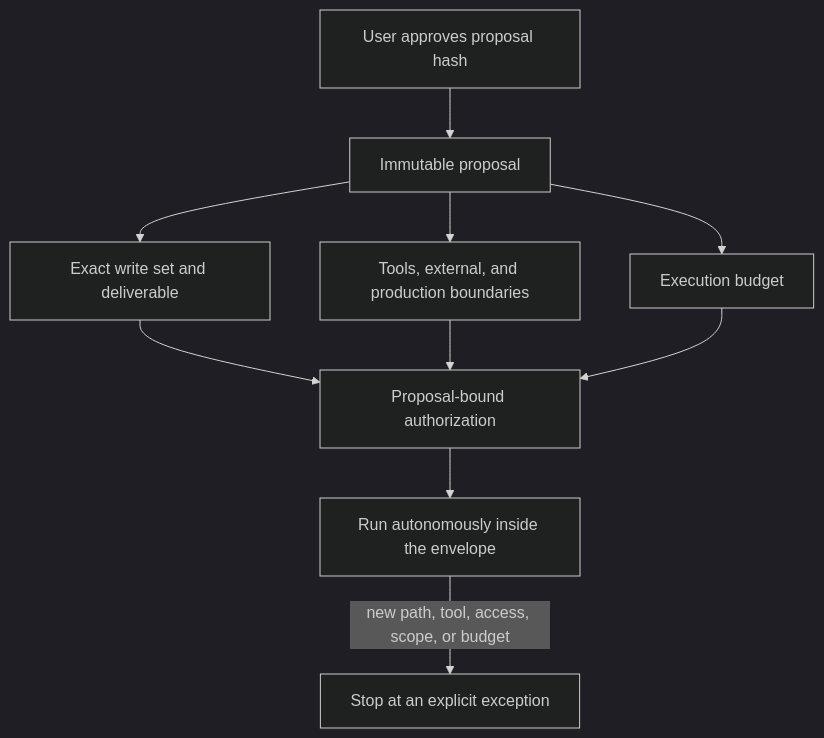
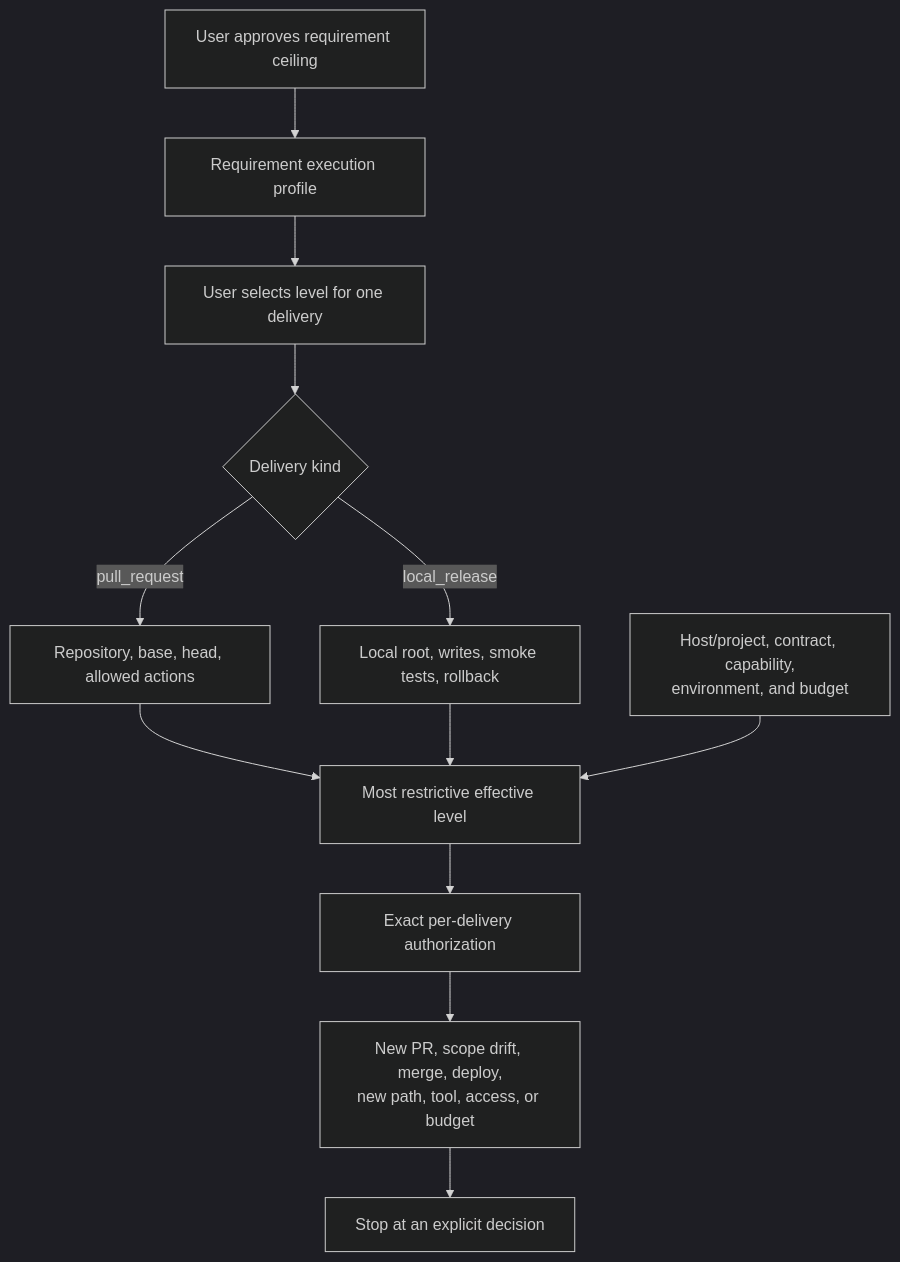
Before and after one commit to aantenore/agentic-sdlc-codex-plugin: the first of 6 diagrams in docs/limits-and-metering.md, drawn with Mermaid (dark theme). The commit also changed other lines of this file and 16 other files, not shown here.

Commit message:
docs(sdlc): explain per-delivery autonomy

````diff
--- a/docs/limits-and-metering.md
+++ b/docs/limits-and-metering.md
@@ -36,12 +38,14 @@
 ```mermaid
 flowchart TD
-    U["User approves proposal hash"] --> P["Immutable proposal"]
-    P --> W["Exact write set and deliverable"]
-    P --> C["Tools, external, and production boundaries"]
-    P --> B["Execution budget"]
-    W --> A["Proposal-bound authorization"]
-    C --> A
-    B --> A
-    A --> R["Run autonomously inside the envelope"]
-    R -->|"new path, tool, access, scope, or budget"| E["Stop at an explicit exception"]
+    U["User approves requirement ceiling"] --> R["Requirement execution profile"]
+    R --> D["User selects level for one delivery"]
+    D --> T{"Delivery kind"}
+    T -->|"pull_request"| PR["Repository, base, head, allowed actions"]
+    T -->|"local_release"| LR["Local root, writes, smoke tests, rollback"]
+    PR --> E["Most restrictive effective level"]
+    LR --> E
+    H["Host/project, contract, capability,<br/>environment, and budget"] --> E
+    E --> A["Exact per-delivery authorization"]
+    A --> X["New PR, scope drift, merge, deploy,<br/>new path, tool, access, or budget"]
+    X --> Q["Stop at an explicit decision"]
 ```
````
